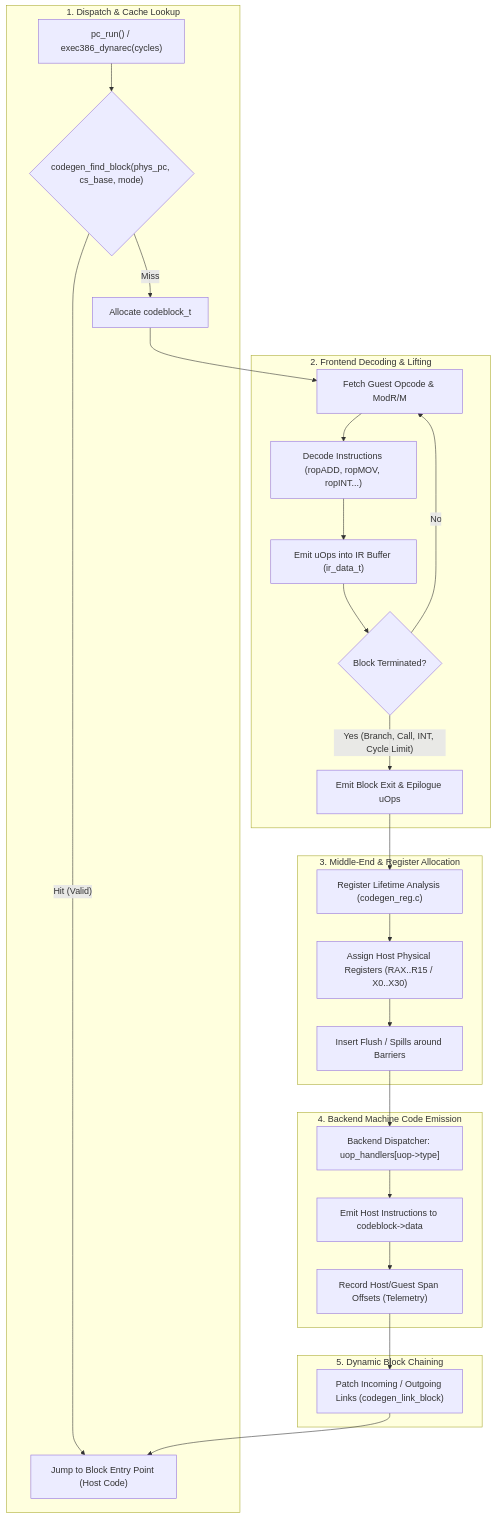
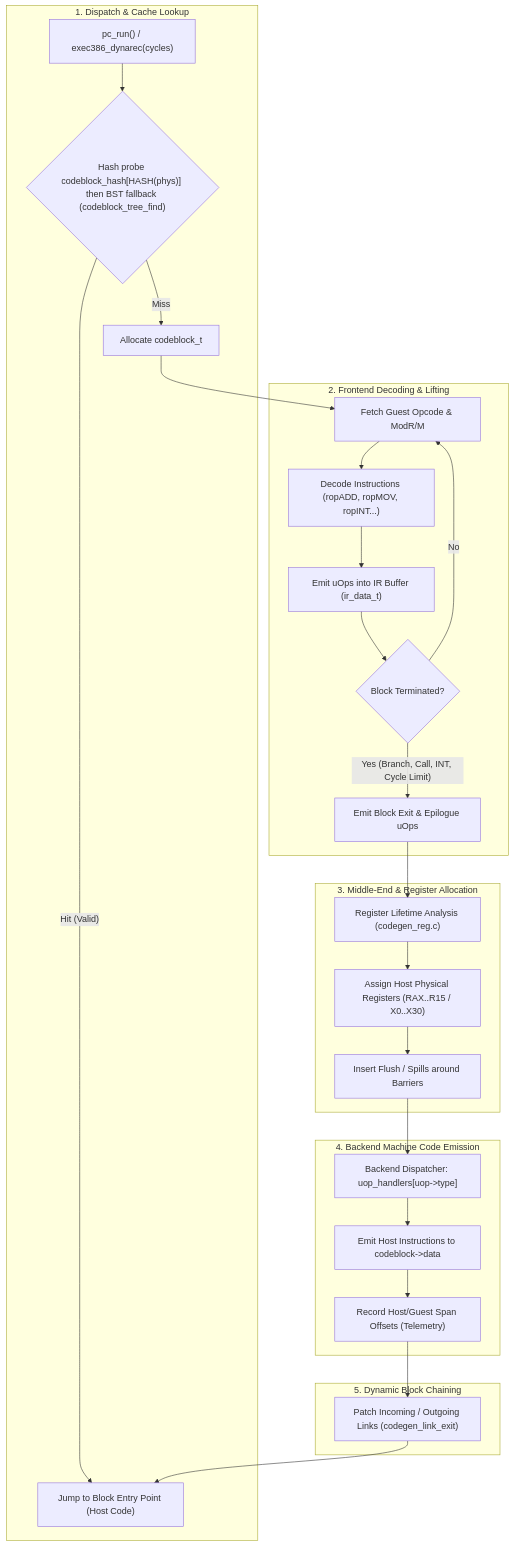
Before and after one commit to marmarama/86Box: the first of 2 diagrams in src/codegen_new/docs/ARCHITECTURE.md, drawn with Mermaid. The commit also changed other lines of this file, not shown here.

Commit message:
docs: correct ARCHITECTURE.md against source (uop_t, regalloc, host regs, dispatch)

````diff
--- a/src/codegen_new/docs/ARCHITECTURE.md
+++ b/src/codegen_new/docs/ARCHITECTURE.md
@@ -39,34 +39,34 @@
 ```mermaid
 flowchart TD
     subgraph Execution Loop ["1. Dispatch & Cache Lookup"]
-        A["pc_run() / exec386_dynarec(cycles)"] --> B{"codegen_find_block(phys_pc, cs_base, mode)"}
+        A["pc_run() / exec386_dynarec(cycles)"] --> B{"Hash probe codeblock_hash[HASH(phys)] then BST fallback (codeblock_tree_find)"}
         B -- "Hit (Valid)" --> C["Jump to Block Entry Point (Host Code)"]
         B -- "Miss" --> D["Allocate codeblock_t"]
     end
 
     subgraph Frontend ["2. Frontend Decoding & Lifting"]
         D --> E["Fetch Guest Opcode & ModR/M"]
         E --> F["Decode Instructions (ropADD, ropMOV, ropINT...)"]
         F --> G["Emit uOps into IR Buffer (ir_data_t)"]
         G --> H{"Block Terminated?"}
         H -- "No" --> E
         H -- "Yes (Branch, Call, INT, Cycle Limit)" --> I["Emit Block Exit & Epilogue uOps"]
     end
 
     subgraph Optimizer ["3. Middle-End & Register Allocation"]
         I --> J["Register Lifetime Analysis (codegen_reg.c)"]
         J --> K["Assign Host Physical Registers (RAX..R15 / X0..X30)"]
         K --> L["Insert Flush / Spills around Barriers"]
     end
 
     subgraph Backend ["4. Backend Machine Code Emission"]
         L --> M["Backend Dispatcher: uop_handlers[uop->type]"]
         M --> N["Emit Host Instructions to codeblock->data"]
         N --> O["Record Host/Guest Span Offsets (Telemetry)"]
     end
 
     subgraph Chaining ["5. Dynamic Block Chaining"]
-        O --> P["Patch Incoming / Outgoing Links (codegen_link_block)"]
+        O --> P["Patch Incoming / Outgoing Links (codegen_link_exit)"]
         P --> C
     end
 ```
````
